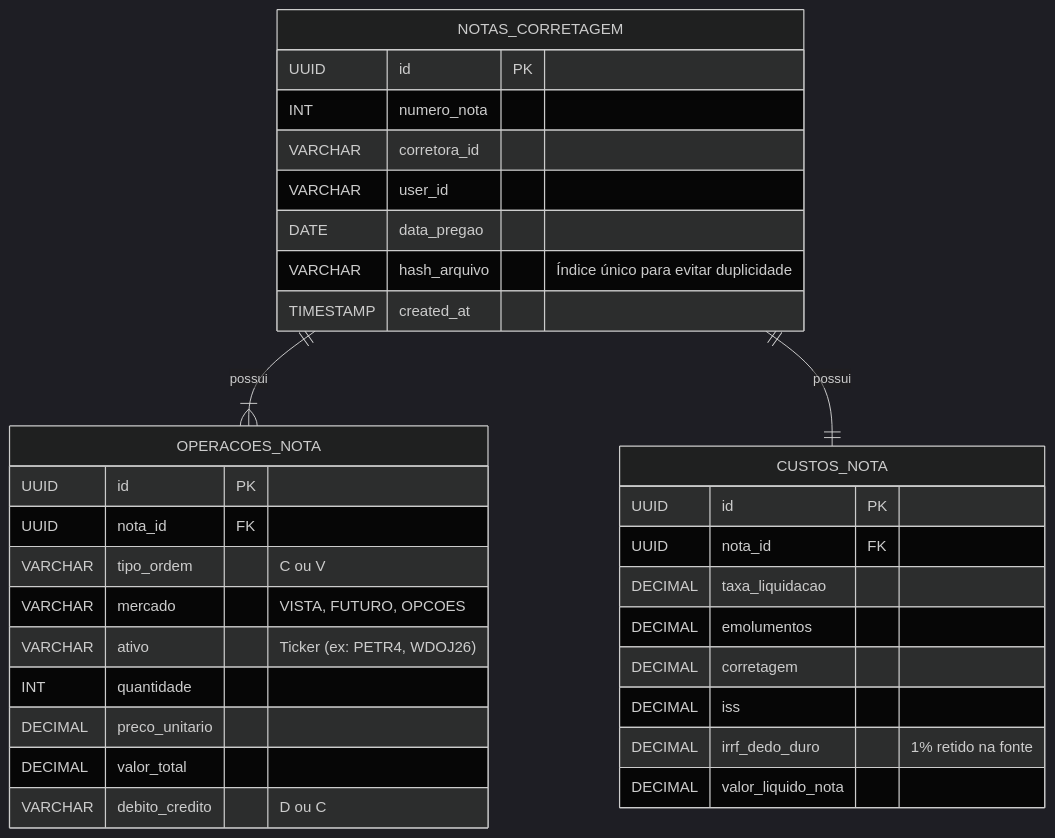
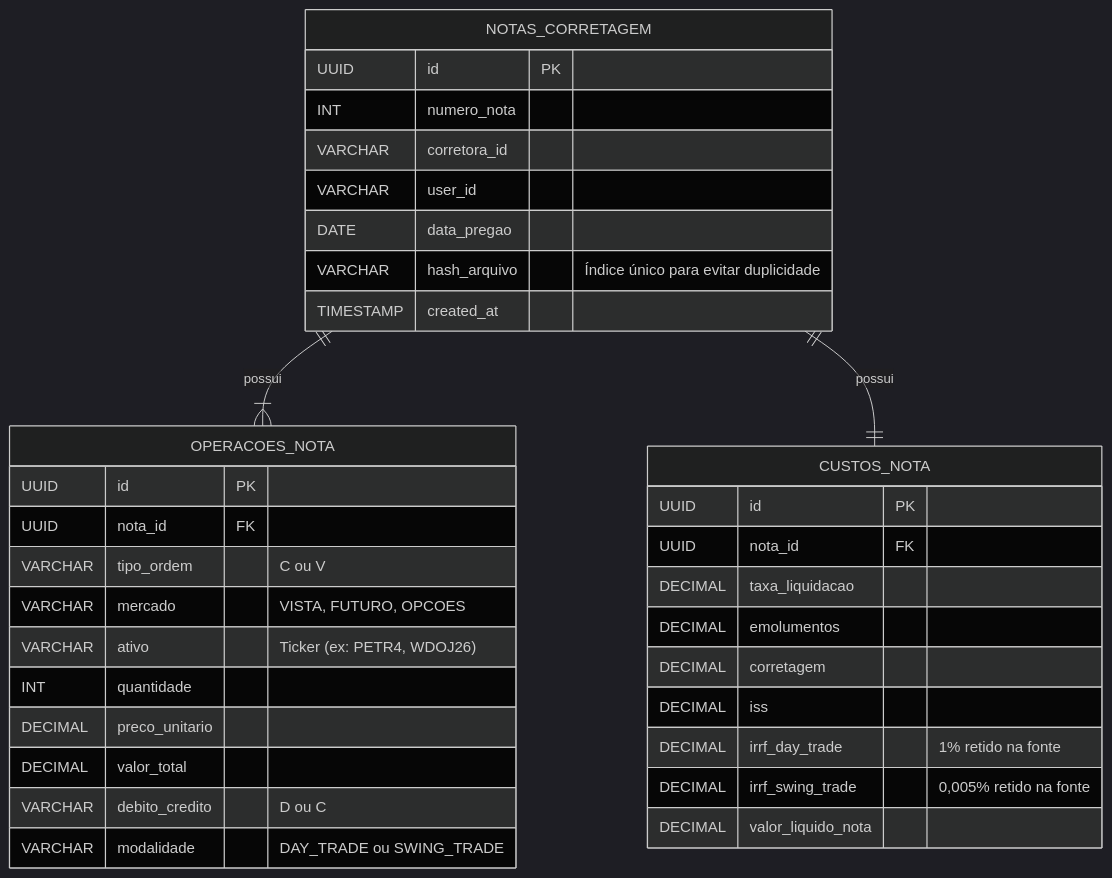
The second of 2 diagrams in ssd.md (lcamargo82/nota-corretagem-api), drawn with Mermaid (dark theme) before and after one commit. The commit also changed other lines of this file and 3 other files, not shown here.

Commit message:
docs: atualizacao do prd, ssd, readme e plano com suporte a mistral, senhas e swing trade

````diff
--- a/ssd.md
+++ b/ssd.md
@@ -176,38 +187,40 @@
 ```mermaid
 erDiagram
     NOTAS_CORRETAGEM ||--|{ OPERACOES_NOTA : possui
     NOTAS_CORRETAGEM ||--|| CUSTOS_NOTA : possui
 
     NOTAS_CORRETAGEM {
         UUID id PK
         INT numero_nota
         VARCHAR corretora_id
         VARCHAR user_id
         DATE data_pregao
         VARCHAR hash_arquivo "Índice único para evitar duplicidade"
         TIMESTAMP created_at
     }
 
     OPERACOES_NOTA {
         UUID id PK
         UUID nota_id FK
         VARCHAR tipo_ordem "C ou V"
         VARCHAR mercado "VISTA, FUTURO, OPCOES"
         VARCHAR ativo "Ticker (ex: PETR4, WDOJ26)"
         INT quantidade
         DECIMAL preco_unitario
         DECIMAL valor_total
         VARCHAR debito_credito "D ou C"
+        VARCHAR modalidade "DAY_TRADE ou SWING_TRADE"
     }
 
     CUSTOS_NOTA {
         UUID id PK
         UUID nota_id FK
         DECIMAL taxa_liquidacao
         DECIMAL emolumentos
         DECIMAL corretagem
         DECIMAL iss
-        DECIMAL irrf_dedo_duro "1% retido na fonte"
+        DECIMAL irrf_day_trade "1% retido na fonte"
+        DECIMAL irrf_swing_trade "0,005% retido na fonte"
         DECIMAL valor_liquido_nota
     }
 ```
````
